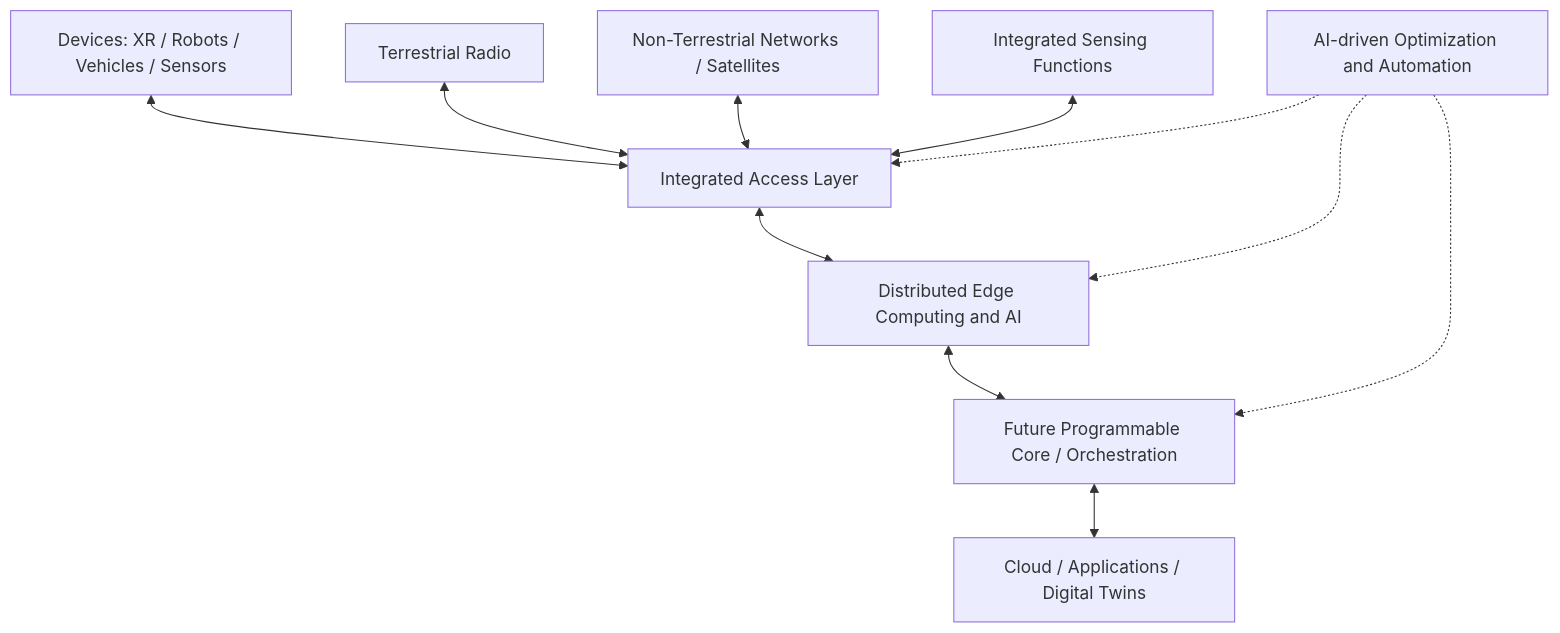
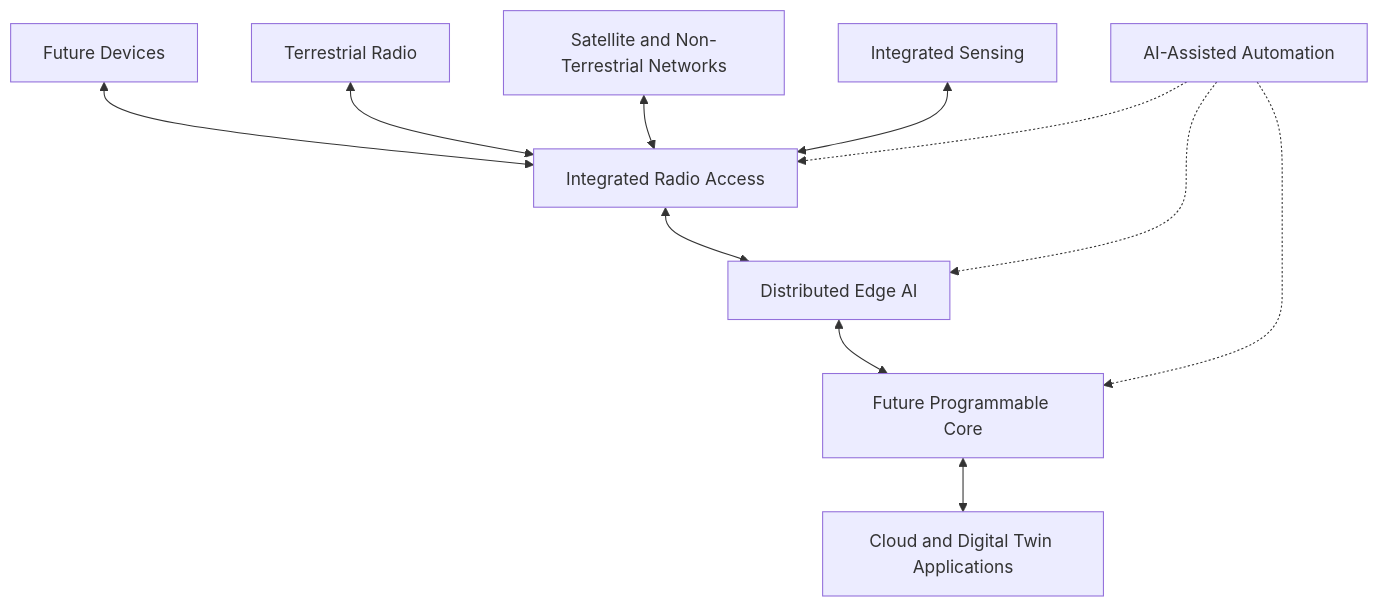
One commit to julietarubis/mobile-network-generations changed the eighth of 13 diagrams in README-5G-6G-FCAPS.md. Above: the diagram before and after it, drawn with Mermaid. The commit also changed other lines of this file, not shown here.

````diff
--- a/README-5G-6G-FCAPS.md
+++ b/README-5G-6G-FCAPS.md
@@ -225,14 +246,13 @@
 ```mermaid
 flowchart TB
-    DEV[Devices: XR / Robots / Vehicles / Sensors]
-    DEV <--> ACCESS[Integrated Access Layer]
-    TER[Terrestrial Radio] <--> ACCESS
-    NTN[Non-Terrestrial Networks / Satellites] <--> ACCESS
-    SENSE[Integrated Sensing Functions] <--> ACCESS
-    ACCESS <--> EDGE[Distributed Edge Computing and AI]
-    EDGE <--> CORE[Future Programmable Core / Orchestration]
-    CORE <--> CLOUD[Cloud / Applications / Digital Twins]
-    AI[AI-driven Optimization and Automation] -.-> ACCESS
-    AI -.-> EDGE
-    AI -.-> CORE
+  DEV["Future Devices"] <--> ACCESS["Integrated Radio Access"]
+  TER["Terrestrial Radio"] <--> ACCESS
+  NTN["Satellite and Non-Terrestrial Networks"] <--> ACCESS
+  SENSE["Integrated Sensing"] <--> ACCESS
+  ACCESS <--> EDGE["Distributed Edge AI"]
+  EDGE <--> CORE["Future Programmable Core"]
+  CORE <--> CLOUD["Cloud and Digital Twin Applications"]
+  AI["AI-Assisted Automation"] -.-> ACCESS
+  AI -.-> EDGE
+  AI -.-> CORE
 ```
````
